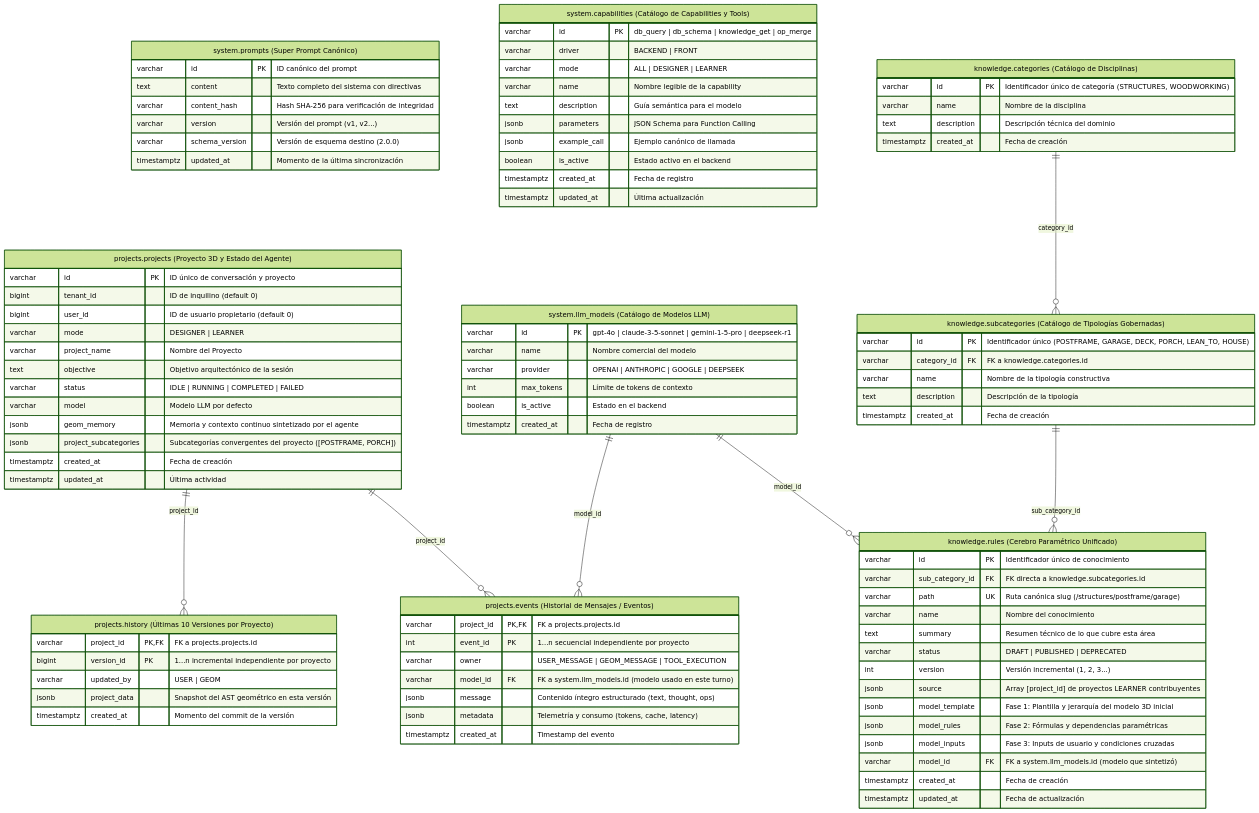
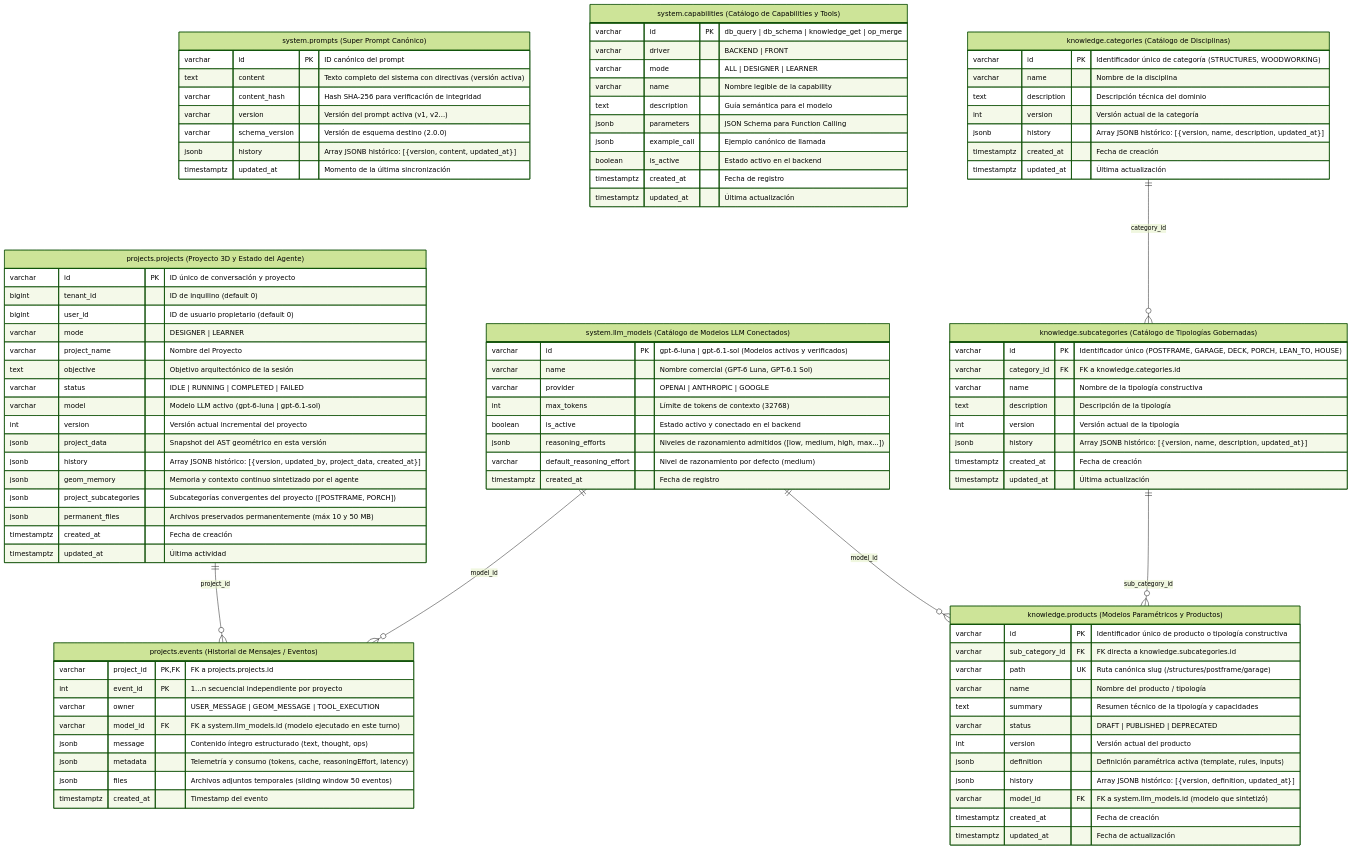
Before and after one commit to reyss81/der-viewer: the diagram in diagrams/geom_copilot_db.mmd, drawn with Mermaid (forest theme). The commit also changed 2 other files, not shown here.

Commit message:
feat: implement interactive table drag & drop with elastic relationship re-routing and update GEOM schema

```diff
--- a/diagrams/geom_copilot_db.mmd
+++ b/diagrams/geom_copilot_db.mmd
@@ -1,103 +1,106 @@
 erDiagram
     projects_projects["projects.projects (Proyecto 3D y Estado del Agente)"] {
         varchar id PK "ID único de conversación y proyecto"
         bigint tenant_id "ID de inquilino (default 0)"
         bigint user_id "ID de usuario propietario (default 0)"
         varchar mode "DESIGNER | LEARNER"
         varchar project_name "Nombre del Proyecto"
         text objective "Objetivo arquitectónico de la sesión"
         varchar status "IDLE | RUNNING | COMPLETED | FAILED"
-        varchar model "Modelo LLM por defecto"
+        varchar model "Modelo LLM activo (gpt-6-luna | gpt-6.1-sol)"
+        int version "Versión actual incremental del proyecto"
+        jsonb project_data "Snapshot del AST geométrico en esta versión"
+        jsonb history "Array JSONB histórico: [{version, updated_by, project_data, created_at}]"
         jsonb geom_memory "Memoria y contexto continuo sintetizado por el agente"
         jsonb project_subcategories "Subcategorías convergentes del proyecto ([POSTFRAME, PORCH])"
+        jsonb permanent_files "Archivos preservados permanentemente (máx 10 y 50 MB)"
         timestamptz created_at "Fecha de creación"
         timestamptz updated_at "Última actividad"
-    }
-
-    projects_history["projects.history (Últimas 10 Versiones por Proyecto)"] {
-        varchar project_id PK,FK "FK a projects.projects.id"
-        bigint version_id PK "1...n incremental independiente por proyecto"
-        varchar updated_by "USER | GEOM"
-        jsonb project_data "Snapshot del AST geométrico en esta versión"
-        timestamptz created_at "Momento del commit de la versión"
     }
 
     projects_events["projects.events (Historial de Mensajes / Eventos)"] {
         varchar project_id PK,FK "FK a projects.projects.id"
         int event_id PK "1...n secuencial independiente por proyecto"
         varchar owner "USER_MESSAGE | GEOM_MESSAGE | TOOL_EXECUTION"
-        varchar model_id FK "FK a system.llm_models.id (modelo usado en este turno)"
+        varchar model_id FK "FK a system.llm_models.id (modelo ejecutado en este turno)"
         jsonb message "Contenido íntegro estructurado (text, thought, ops)"
-        jsonb metadata "Telemetría y consumo (tokens, cache, latency)"
+        jsonb metadata "Telemetría y consumo (tokens, cache, reasoningEffort, latency)"
+        jsonb files "Archivos adjuntos temporales (sliding window 50 eventos)"
         timestamptz created_at "Timestamp del evento"
     }
 
-    system_llm_models["system.llm_models (Catálogo de Modelos LLM)"] {
-        varchar id PK "gpt-4o | claude-3-5-sonnet | gemini-1-5-pro | deepseek-r1"
-        varchar name "Nombre comercial del modelo"
-        varchar provider "OPENAI | ANTHROPIC | GOOGLE | DEEPSEEK"
-        int max_tokens "Límite de tokens de contexto"
-        boolean is_active "Estado en el backend"
+    system_llm_models["system.llm_models (Catálogo de Modelos LLM Conectados)"] {
+        varchar id PK "gpt-6-luna | gpt-6.1-sol (Modelos activos y verificados)"
+        varchar name "Nombre comercial (GPT-6 Luna, GPT-6.1 Sol)"
+        varchar provider "OPENAI | ANTHROPIC | GOOGLE"
+        int max_tokens "Límite de tokens de contexto (32768)"
+        boolean is_active "Estado activo y conectado en el backend"
+        jsonb reasoning_efforts "Niveles de razonamiento admitidos ([low, medium, high, max...])"
+        varchar default_reasoning_effort "Nivel de razonamiento por defecto (medium)"
         timestamptz created_at "Fecha de registro"
     }
 
     system_prompts["system.prompts (Super Prompt Canónico)"] {
         varchar id PK "ID canónico del prompt"
-        text content "Texto completo del sistema con directivas"
+        text content "Texto completo del sistema con directivas (versión activa)"
         varchar content_hash "Hash SHA-256 para verificación de integridad"
-        varchar version "Versión del prompt (v1, v2...)"
+        varchar version "Versión del prompt activa (v1, v2...)"
         varchar schema_version "Versión de esquema destino (2.0.0)"
+        jsonb history "Array JSONB histórico: [{version, content, updated_at}]"
         timestamptz updated_at "Momento de la última sincronización"
     }
 
     system_capabilities["system.capabilities (Catálogo de Capabilities y Tools)"] {
         varchar id PK "db_query | db_schema | knowledge_get | op_merge"
         varchar driver "BACKEND | FRONT"
         varchar mode "ALL | DESIGNER | LEARNER"
         varchar name "Nombre legible de la capability"
         text description "Guía semántica para el modelo"
         jsonb parameters "JSON Schema para Function Calling"
         jsonb example_call "Ejemplo canónico de llamada"
         boolean is_active "Estado activo en el backend"
         timestamptz created_at "Fecha de registro"
         timestamptz updated_at "Última actualización"
     }
 
     knowledge_categories["knowledge.categories (Catálogo de Disciplinas)"] {
         varchar id PK "Identificador único de categoría (STRUCTURES, WOODWORKING)"
         varchar name "Nombre de la disciplina"
         text description "Descripción técnica del dominio"
+        int version "Versión actual de la categoría"
+        jsonb history "Array JSONB histórico: [{version, name, description, updated_at}]"
         timestamptz created_at "Fecha de creación"
+        timestamptz updated_at "Última actualización"
     }
 
     knowledge_subcategories["knowledge.subcategories (Catálogo de Tipologías Gobernadas)"] {
         varchar id PK "Identificador único (POSTFRAME, GARAGE, DECK, PORCH, LEAN_TO, HOUSE)"
         varchar category_id FK "FK a knowledge.categories.id"
         varchar name "Nombre de la tipología constructiva"
         text description "Descripción de la tipología"
+        int version "Versión actual de la tipología"
+        jsonb history "Array JSONB histórico: [{version, name, description, updated_at}]"
         timestamptz created_at "Fecha de creación"
+        timestamptz updated_at "Última actualización"
     }
 
-    knowledge_rules["knowledge.rules (Cerebro Paramétrico Unificado)"] {
-        varchar id PK "Identificador único de conocimiento"
+    knowledge_products["knowledge.products (Modelos Paramétricos y Productos)"] {
+        varchar id PK "Identificador único de producto o tipología constructiva"
         varchar sub_category_id FK "FK directa a knowledge.subcategories.id"
         varchar path UK "Ruta canónica slug (/structures/postframe/garage)"
-        varchar name "Nombre del conocimiento"
-        text summary "Resumen técnico de lo que cubre esta área"
+        varchar name "Nombre del producto / tipología"
+        text summary "Resumen técnico de la tipología y capacidades"
         varchar status "DRAFT | PUBLISHED | DEPRECATED"
-        int version "Versión incremental (1, 2, 3...)"
-        jsonb source "Array [project_id] de proyectos LEARNER contribuyentes"
-        jsonb model_template "Fase 1: Plantilla y jerarquía del modelo 3D inicial"
-        jsonb model_rules "Fase 2: Fórmulas y dependencias paramétricas"
-        jsonb model_inputs "Fase 3: Inputs de usuario y condiciones cruzadas"
+        int version "Versión actual del producto"
+        jsonb definition "Definición paramétrica activa (template, rules, inputs)"
+        jsonb history "Array JSONB histórico: [{version, definition, updated_at}]"
         varchar model_id FK "FK a system.llm_models.id (modelo que sintetizó)"
         timestamptz created_at "Fecha de creación"
         timestamptz updated_at "Fecha de actualización"
     }
 
-    projects_projects ||--o{ projects_history : "project_id"
     projects_projects ||--o{ projects_events : "project_id"
     system_llm_models ||--o{ projects_events : "model_id"
-    system_llm_models ||--o{ knowledge_rules : "model_id"
+    system_llm_models ||--o{ knowledge_products : "model_id"
     knowledge_categories ||--o{ knowledge_subcategories : "category_id"
-    knowledge_subcategories ||--o{ knowledge_rules : "sub_category_id"
+    knowledge_subcategories ||--o{ knowledge_products : "sub_category_id"
```
